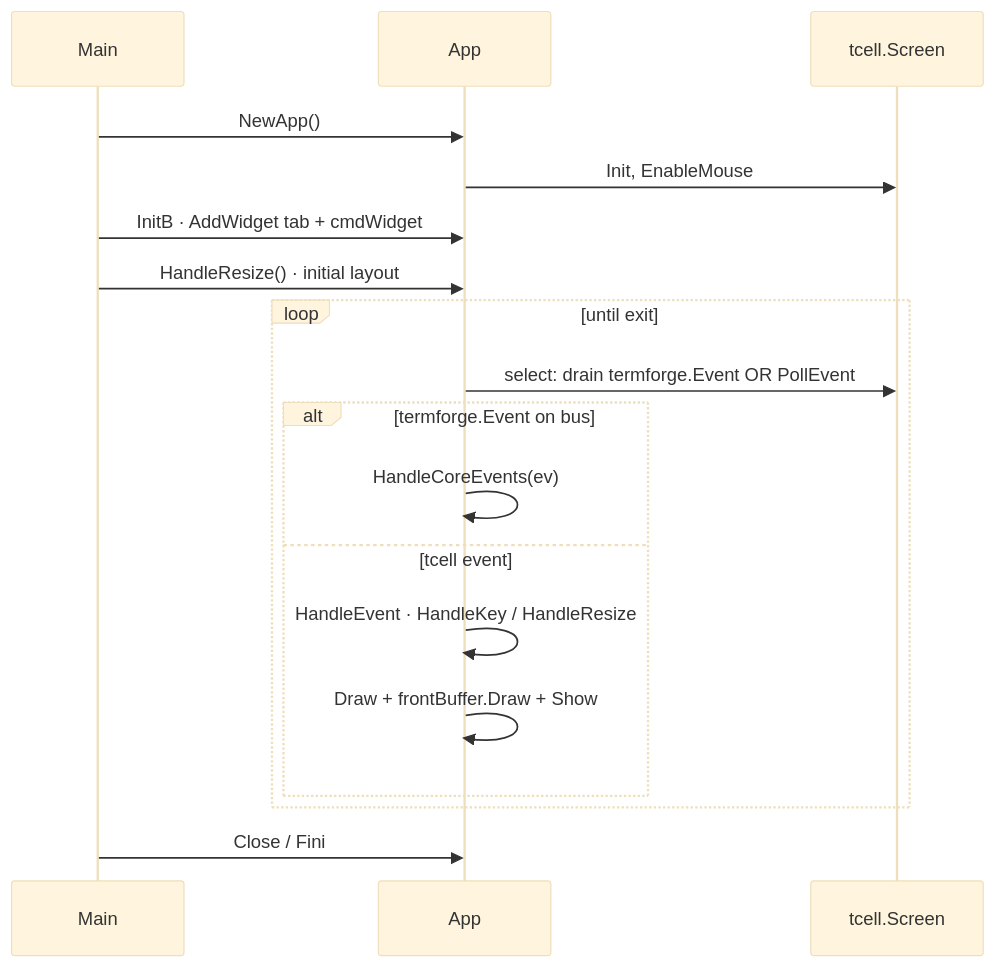
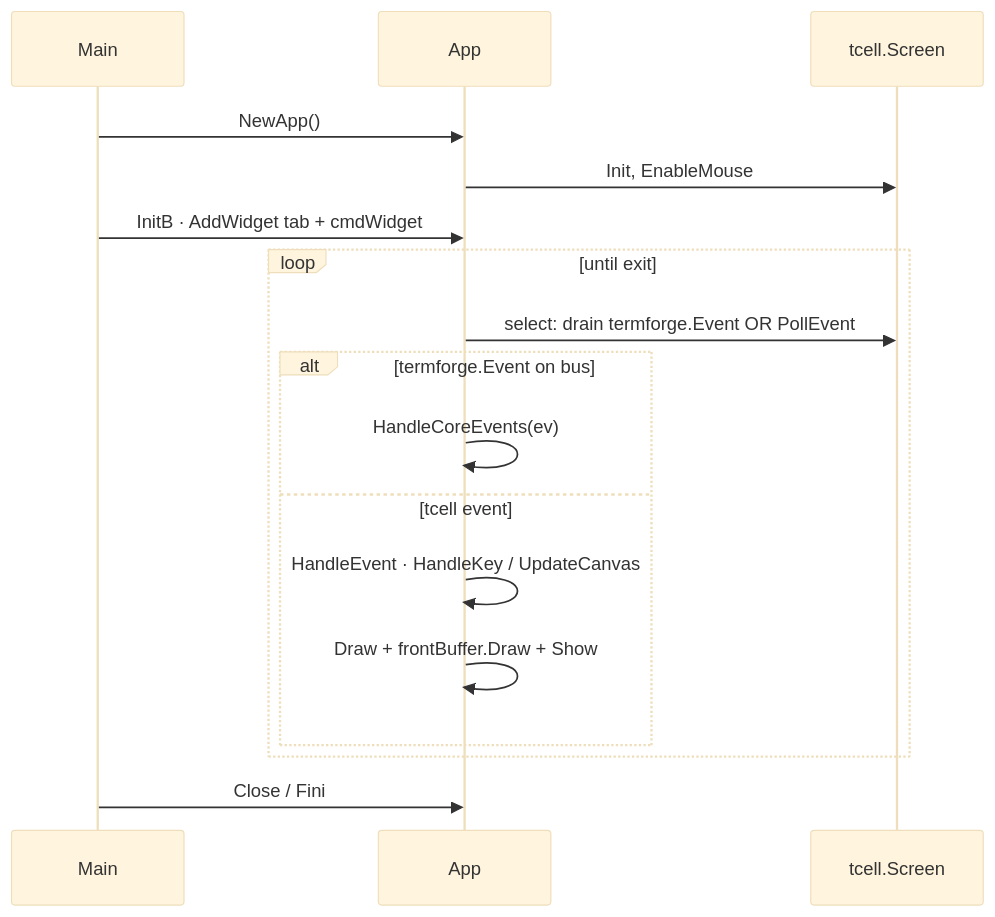
The seventh of 7 diagrams in docs/UI_ARCHITECTURE.md (yairgd/termforge), drawn with Mermaid (base theme) before and after one commit. The commit also changed other lines of this file and 16 other files, not shown here.

First line of the commit message:
refactor(app)!: make chrome a WidgetsList layout

````diff
--- a/docs/UI_ARCHITECTURE.md
+++ b/docs/UI_ARCHITECTURE.md
@@ -549,21 +548,20 @@
 ```mermaid
 sequenceDiagram
     participant Main
     participant App as App
     participant Screen as tcell.Screen
 
     Main->>App: NewApp()
     App->>Screen: Init, EnableMouse
     Main->>App: InitB · AddWidget tab + cmdWidget
-    Main->>App: HandleResize() · initial layout
     loop until exit
         App->>Screen: select: drain termforge.Event OR PollEvent
         alt termforge.Event on bus
             App->>App: HandleCoreEvents(ev)
         else tcell event
-            App->>App: HandleEvent · HandleKey / HandleResize
+            App->>App: HandleEvent · HandleKey / UpdateCanvas
             App->>App: Draw + frontBuffer.Draw + Show
         end
     end
     Main->>App: Close / Fini
 ```
````
